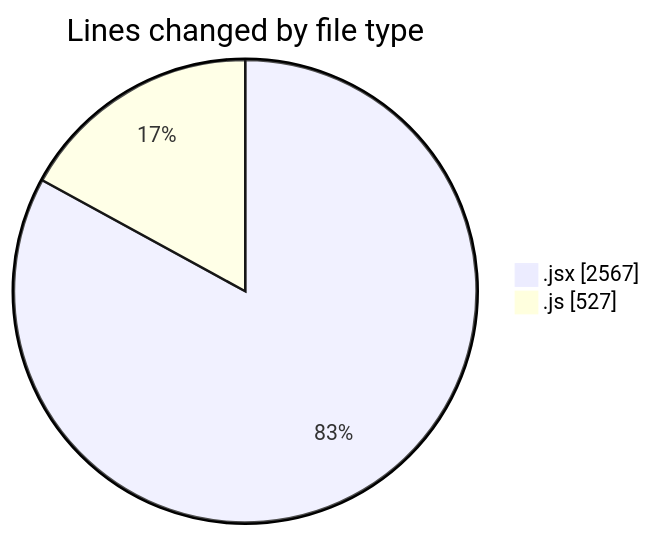
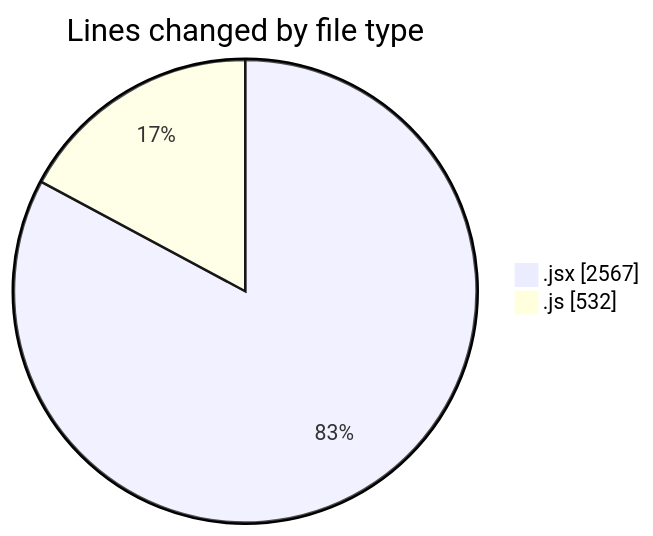
One commit to nxtqubesakshisongat/code-tracking changed the first of 2 diagrams in 2025-07-11/argos/README.md. Above: the diagram before and after it, drawn with Mermaid. The commit also changed other lines of this file and 1 other file, not shown here.

````diff
--- a/2025-07-11/argos/README.md
+++ b/2025-07-11/argos/README.md
@@ -24,6 +24,6 @@
 ```mermaid
 pie showData
 title Lines changed by file type
 ".jsx" : 2567
-".js" : 527
+".js" : 532
 ```
````
